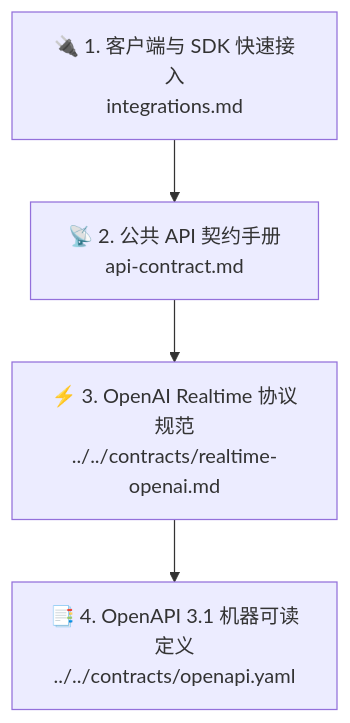
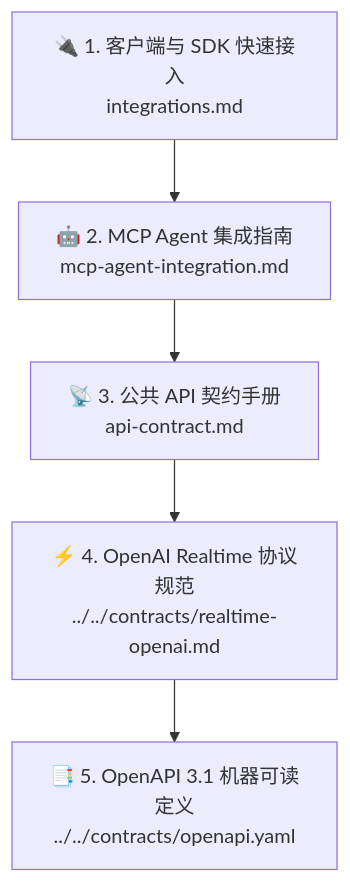
Before and after one commit to hrygo/SpeechRail: the diagram in docs/users/README.md, drawn with Mermaid. The commit also changed other lines of this file and 2 other files, not shown here.

First line of the commit message:
docs(mcp): add mainstream agent integration guide

````diff
--- a/docs/users/README.md
+++ b/docs/users/README.md
@@ -17,6 +17,7 @@
 ```mermaid
 graph TD
-    A[🔌 1. 客户端与 SDK 快速接入<br/>integrations.md] --> B[📡 2. 公共 API 契约手册<br/>api-contract.md]
-    B --> C[⚡ 3. OpenAI Realtime 协议规范<br/>../../contracts/realtime-openai.md]
-    C --> D[📑 4. OpenAPI 3.1 机器可读定义<br/>../../contracts/openapi.yaml]
+    A[🔌 1. 客户端与 SDK 快速接入<br/>integrations.md] --> A2[🤖 2. MCP Agent 集成指南<br/>mcp-agent-integration.md]
+    A2 --> B[📡 3. 公共 API 契约手册<br/>api-contract.md]
+    B --> C[⚡ 4. OpenAI Realtime 协议规范<br/>../../contracts/realtime-openai.md]
+    C --> D[📑 5. OpenAPI 3.1 机器可读定义<br/>../../contracts/openapi.yaml]
 ```
````
